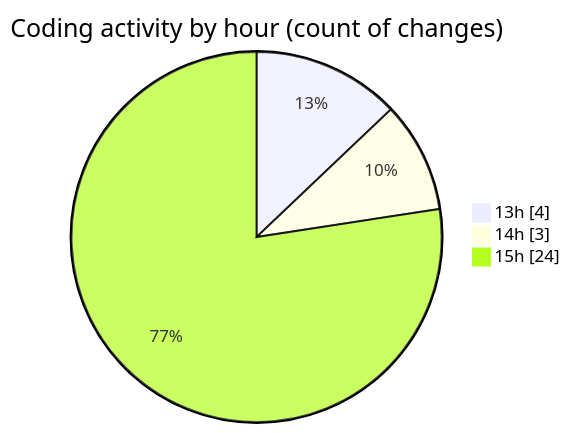
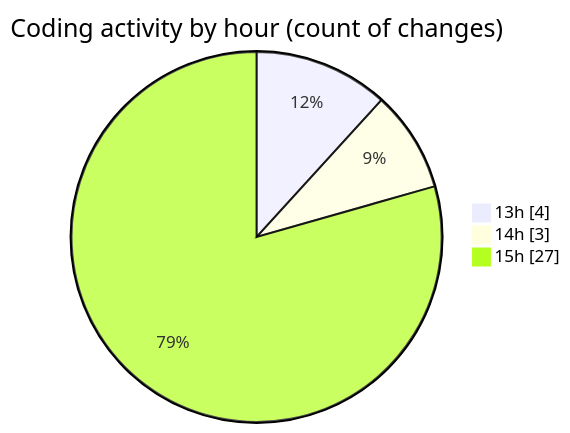
One commit to EIIisD/code-tracking changed the second of 2 diagrams in 2025-08-11/ribbon/README.md. Above: the diagram before and after it, drawn with Mermaid. The commit also changed other lines of this file and 1 other file, not shown here.

````diff
--- a/2025-08-11/ribbon/README.md
+++ b/2025-08-11/ribbon/README.md
@@ -45,7 +45,7 @@
 ```mermaid
 pie showData
 title Coding activity by hour (count of changes)
 "13h" : 4
 "14h" : 3
-"15h" : 24
+"15h" : 27
 ```
````
